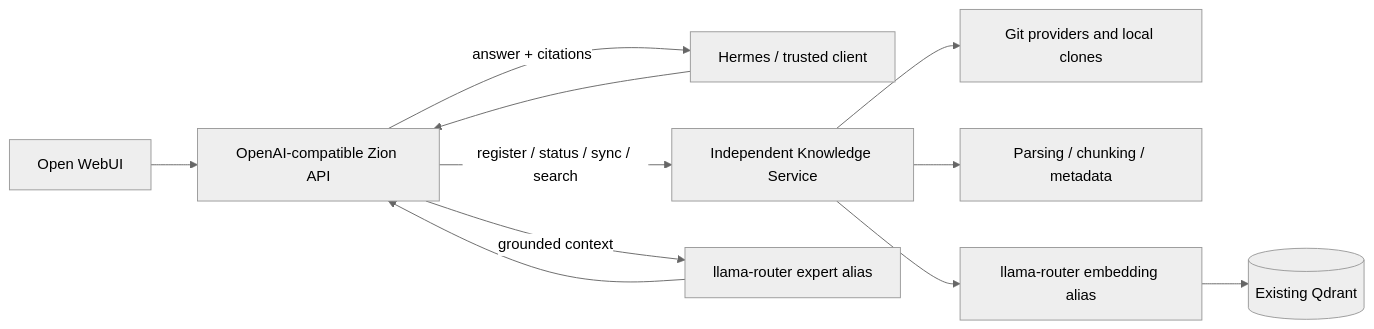
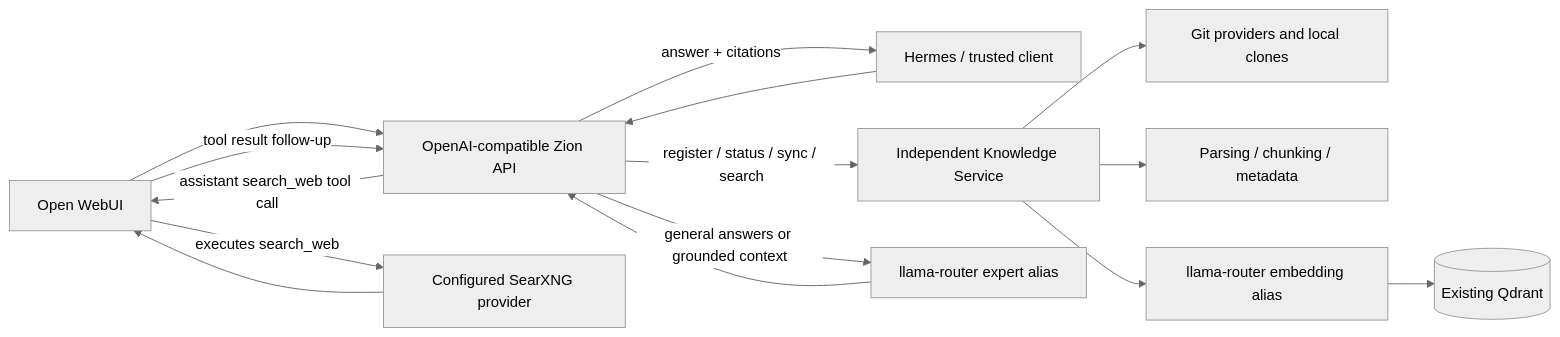
The second of 2 diagrams in docs/ZION_RAG_REFACTOR_PLAN.md (VinayLakshman/AI-Orchestrator), drawn with Mermaid (neutral theme) before and after one commit. The commit also changed other lines of this file and 3 other files, not shown here.

Commit message:
support for web search

````diff
--- a/docs/ZION_RAG_REFACTOR_PLAN.md
+++ b/docs/ZION_RAG_REFACTOR_PLAN.md
@@ -74,13 +74,17 @@
 ```mermaid
 flowchart LR
     OpenWebUI[Open WebUI] --> Zion[OpenAI-compatible Zion API]
+    Zion -->|assistant search_web tool call| OpenWebUI
+    OpenWebUI -->|executes search_web| Web[Configured SearXNG provider]
+    Web --> OpenWebUI
+    OpenWebUI -->|tool result follow-up| Zion
     Hermes[Hermes / trusted client] --> Zion
     Zion -->|register / status / sync / search| KS[Independent Knowledge Service]
     KS --> Git[Git providers and local clones]
     KS --> Parse[Parsing / chunking / metadata]
     KS --> Embed[llama-router embedding alias]
     Embed --> Qdrant[(Existing Qdrant)]
-    Zion -->|grounded context| Expert[llama-router expert alias]
+    Zion -->|general answers or grounded context| Expert[llama-router expert alias]
     Expert --> Zion
     Zion -->|answer + citations| Hermes
 ```
````
